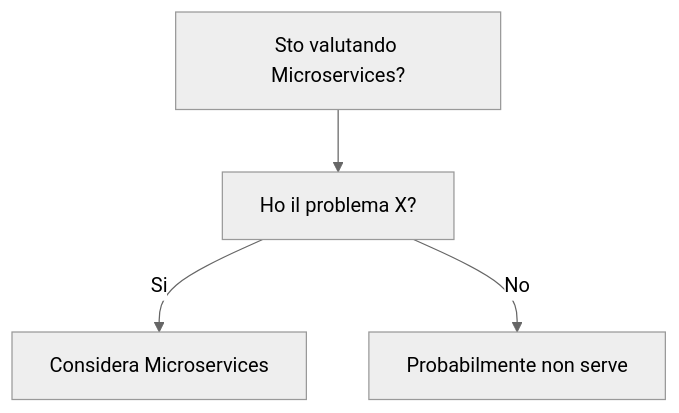
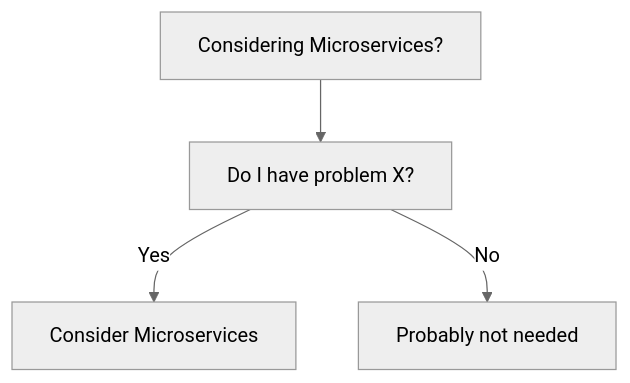
Before and after one commit to HxT9/Software-Dev-Wiki: the diagram in dev-wiki/02_Architecture/Microservices/When_To_Use.md, drawn with Mermaid (neutral theme). The commit also changed other lines of this file and 3444 other files, not shown here.

````diff
--- a/dev-wiki/02_Architecture/Microservices/When_To_Use.md
+++ b/dev-wiki/02_Architecture/Microservices/When_To_Use.md
@@ -19,6 +19,6 @@
 ```mermaid
 flowchart TD
-  Q[Sto valutando Microservices?] --> Q1[Ho il problema X?]
-  Q1 -->|Si| OK[Considera Microservices]
-  Q1 -->|No| NO[Probabilmente non serve]
+  Q[Considering Microservices?] --> Q1[Do I have problem X?]
+  Q1 -->|Yes| OK[Consider Microservices]
+  Q1 -->|No| NO[Probably not needed]
 ```
````
